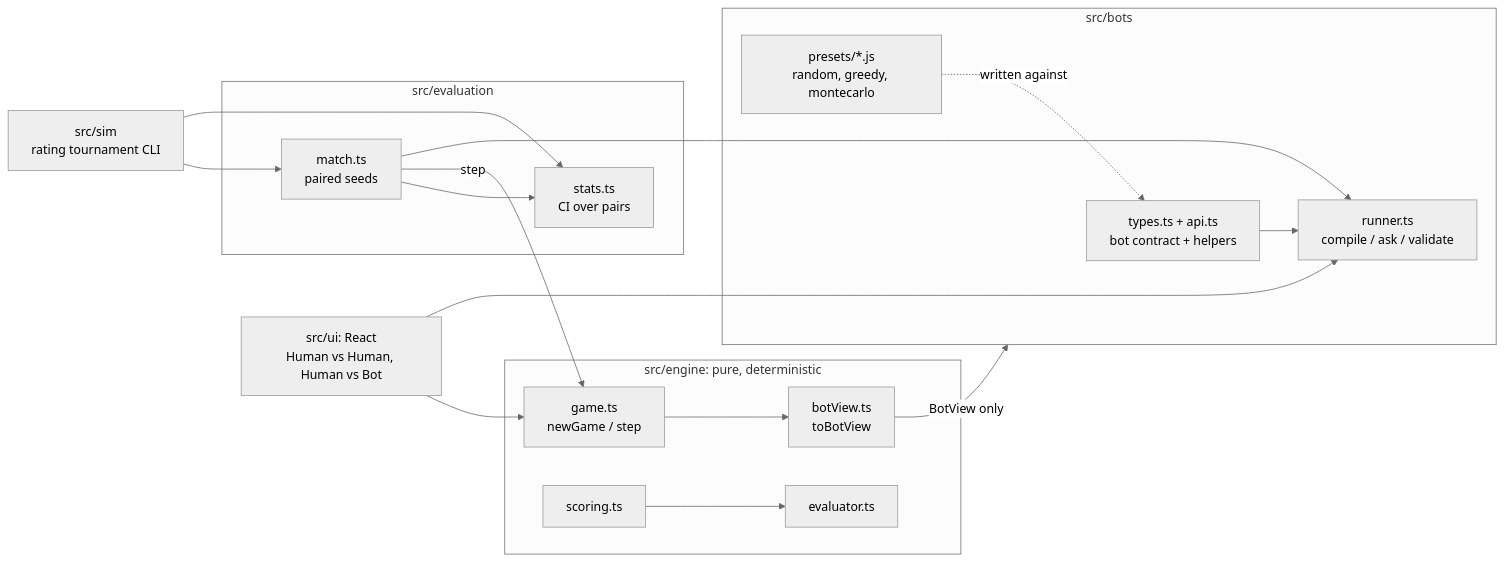
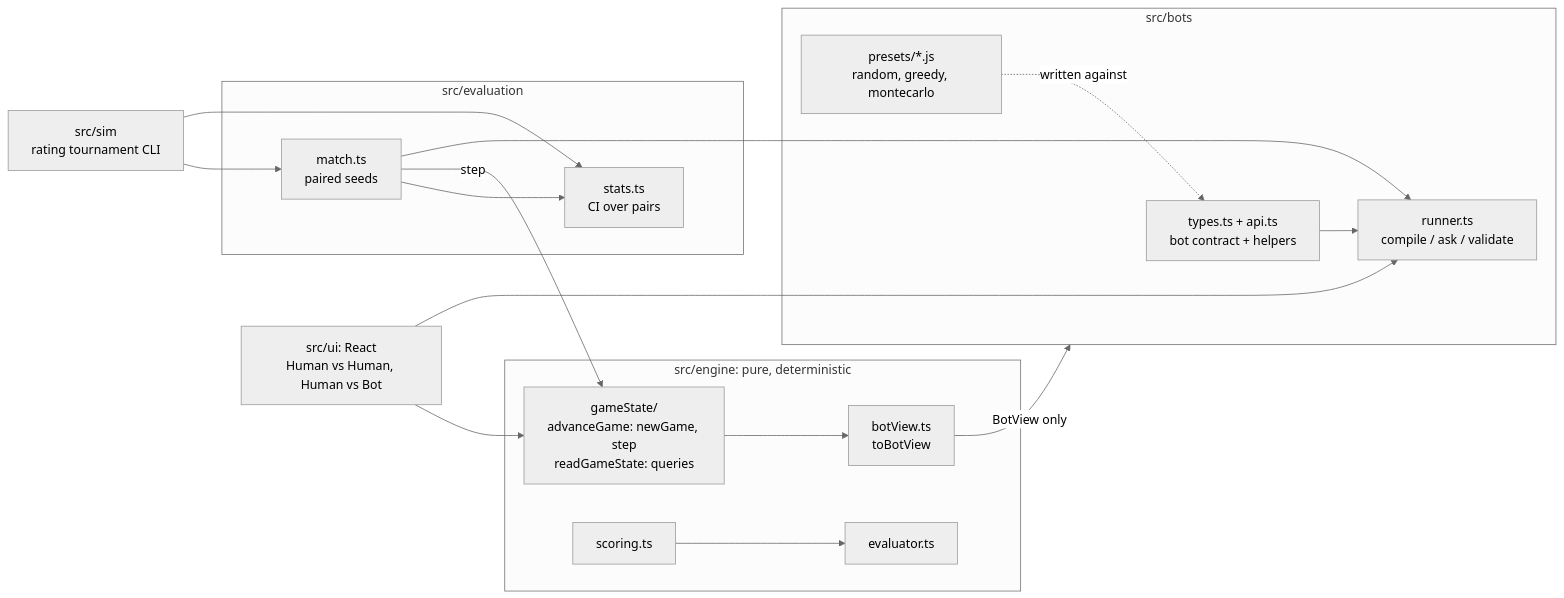
Before and after one commit to nty-dev/poker-grid-duel: the diagram in README.md, drawn with Mermaid (neutral theme). The commit also changed other lines of this file and 17 other files, not shown here.

First line of the commit message:
Split the game module into gameState/advanceGame and gameState/readGameState

````diff
--- a/README.md
+++ b/README.md
@@ -72,19 +72,19 @@
 ```mermaid
 flowchart LR
   subgraph engine [src/engine: pure, deterministic]
-    game[game.ts<br/>newGame / step] --> view[botView.ts<br/>toBotView]
+    game[gameState/<br/>advanceGame: newGame, step<br/>readGameState: queries] --> view[botView.ts<br/>toBotView]
     scoring[scoring.ts] --> evaluator[evaluator.ts]
   end
   subgraph bots [src/bots]
     api[types.ts + api.ts<br/>bot contract + helpers] --> runner[runner.ts<br/>compile / ask / validate]
     presets[presets/*.js<br/>random, greedy, montecarlo] -. written against .-> api
   end
   subgraph evaluation [src/evaluation]
     match[match.ts<br/>paired seeds] --> stats[stats.ts<br/>CI over pairs]
   end
   view -- BotView only --> bots
   match -- step --> game
   match --> runner
   ui[src/ui: React<br/>Human vs Human, Human vs Bot] --> game & runner
   sim[src/sim<br/>rating tournament CLI] --> match & stats
 ```
````
